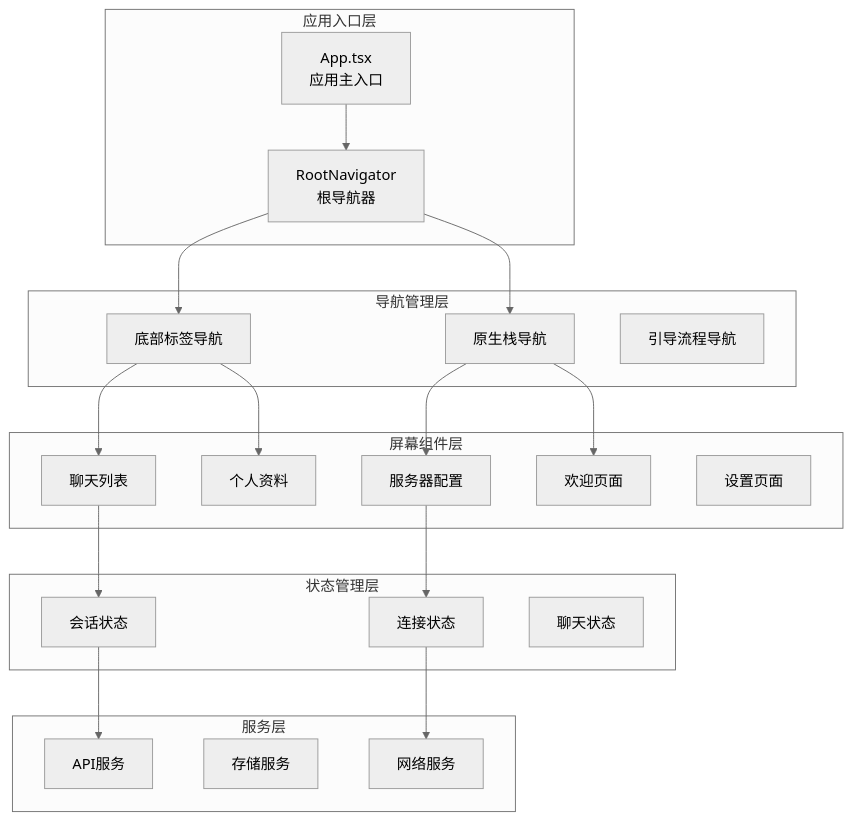
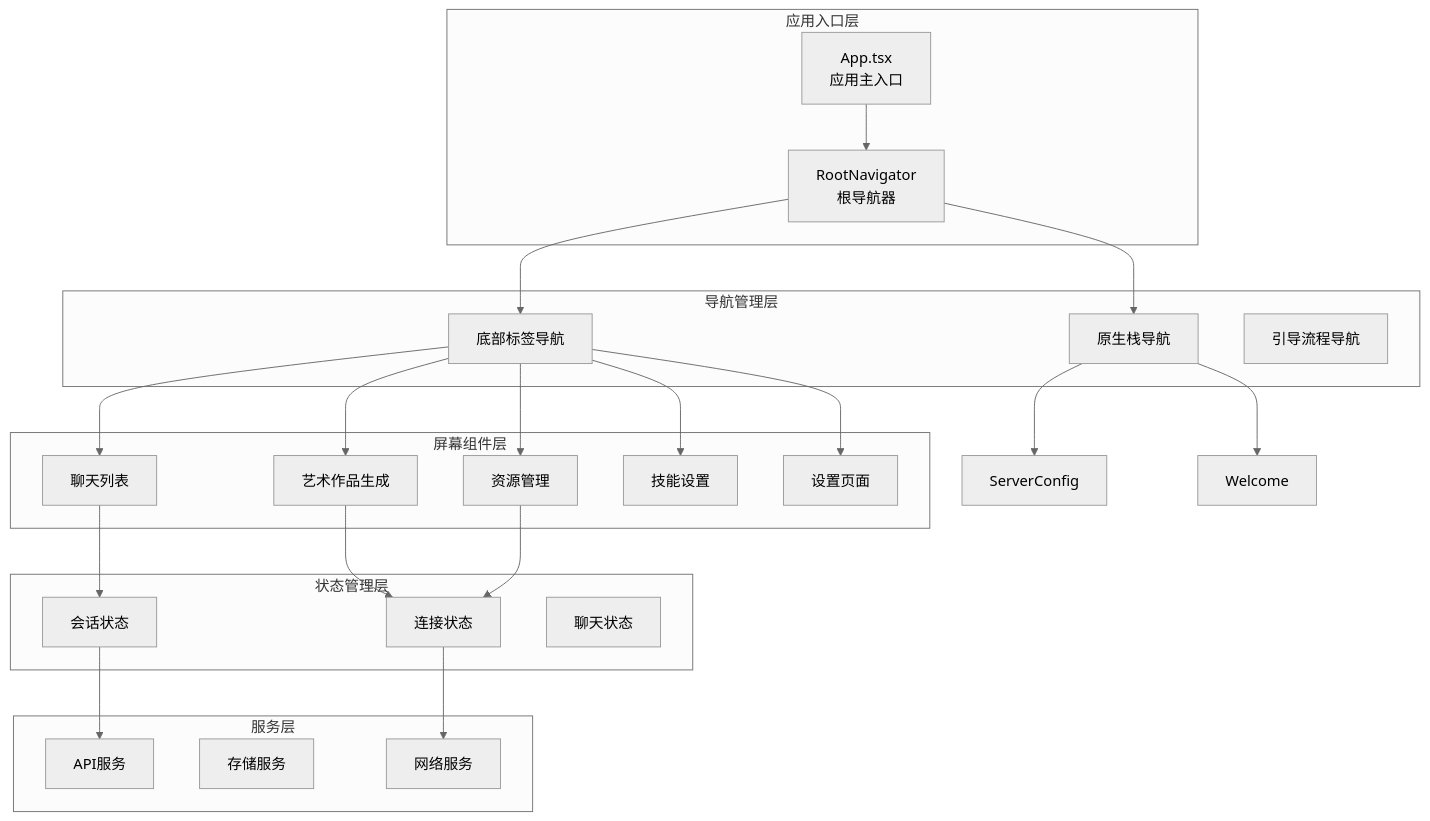
The first of 11 diagrams in .qoder/repowiki/zh/content/Mobile Navigation System.md (AvatoLabs/avato), drawn with Mermaid (neutral theme) before and after one commit. The commit also changed other lines of this file and 50 other files, not shown here.

````diff
--- a/.qoder/repowiki/zh/content/Mobile Navigation System.md
+++ b/.qoder/repowiki/zh/content/Mobile Navigation System.md
@@ -45,40 +62,44 @@
 ```mermaid
 graph TB
 subgraph "应用入口层"
 App[App.tsx<br/>应用主入口]
 RootNavigator[RootNavigator<br/>根导航器]
 end
 subgraph "导航管理层"
 BottomTabs[底部标签导航]
 NativeStack[原生栈导航]
 Onboarding[引导流程导航]
 end
 subgraph "屏幕组件层"
 ChatList[聊天列表]
-ServerConfig[服务器配置]
-Welcome[欢迎页面]
-Profile[个人资料]
+Artwork[艺术作品生成]
+Resources[资源管理]
+Skills[技能设置]
 Settings[设置页面]
 end
 subgraph "状态管理层"
 SessionStore[会话状态]
 ConnectionStore[连接状态]
 ChatStore[聊天状态]
 end
 subgraph "服务层"
 ApiService[API服务]
 StorageService[存储服务]
 NetworkService[网络服务]
 end
 App --> RootNavigator
 RootNavigator --> BottomTabs
 RootNavigator --> NativeStack
 BottomTabs --> ChatList
-BottomTabs --> Profile
+BottomTabs --> Artwork
+BottomTabs --> Resources
+BottomTabs --> Skills
+BottomTabs --> Settings
 NativeStack --> ServerConfig
 NativeStack --> Welcome
 ChatList --> SessionStore
-ServerConfig --> ConnectionStore
+Artwork --> ConnectionStore
+Resources --> ConnectionStore
 SessionStore --> ApiService
 ConnectionStore --> NetworkService
 ```
````
